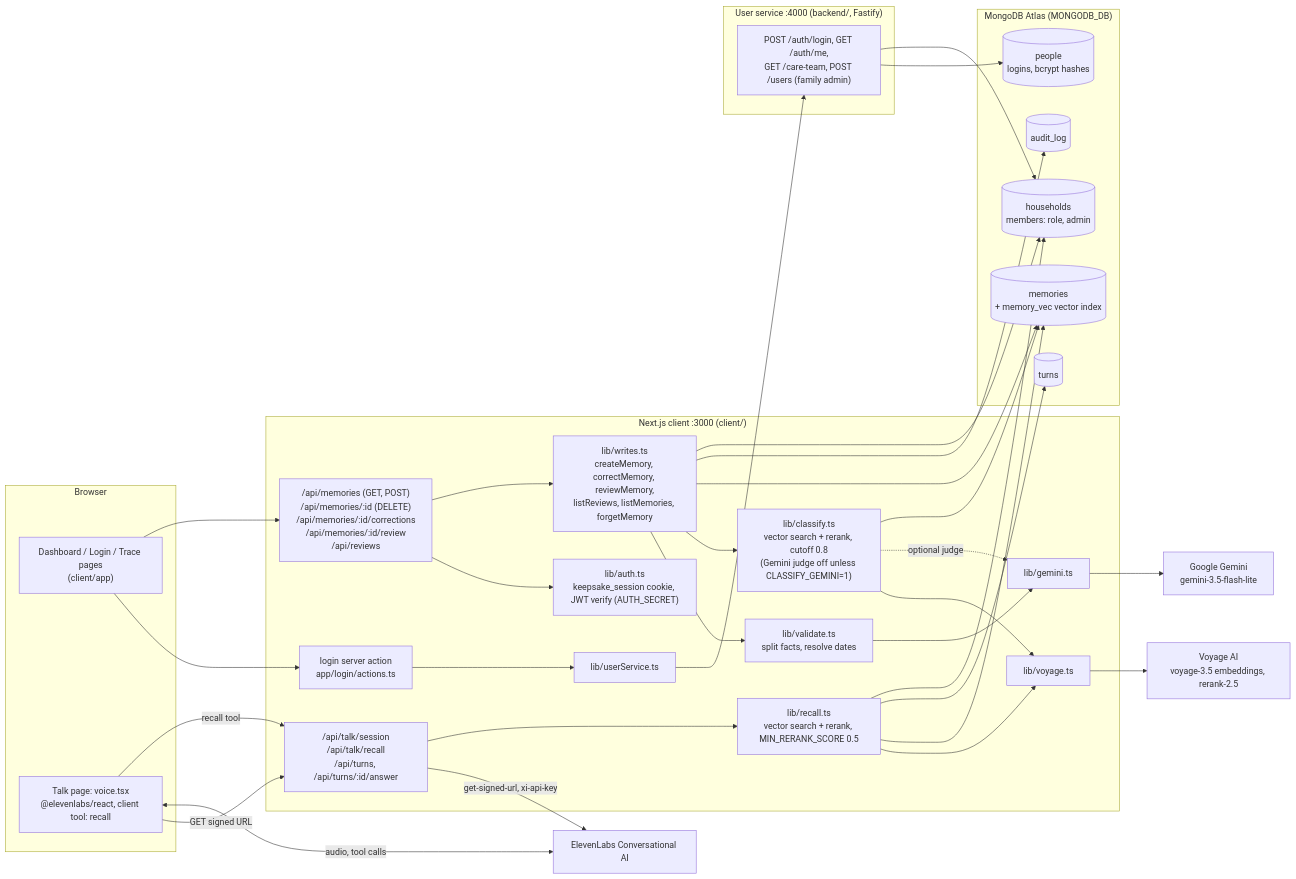
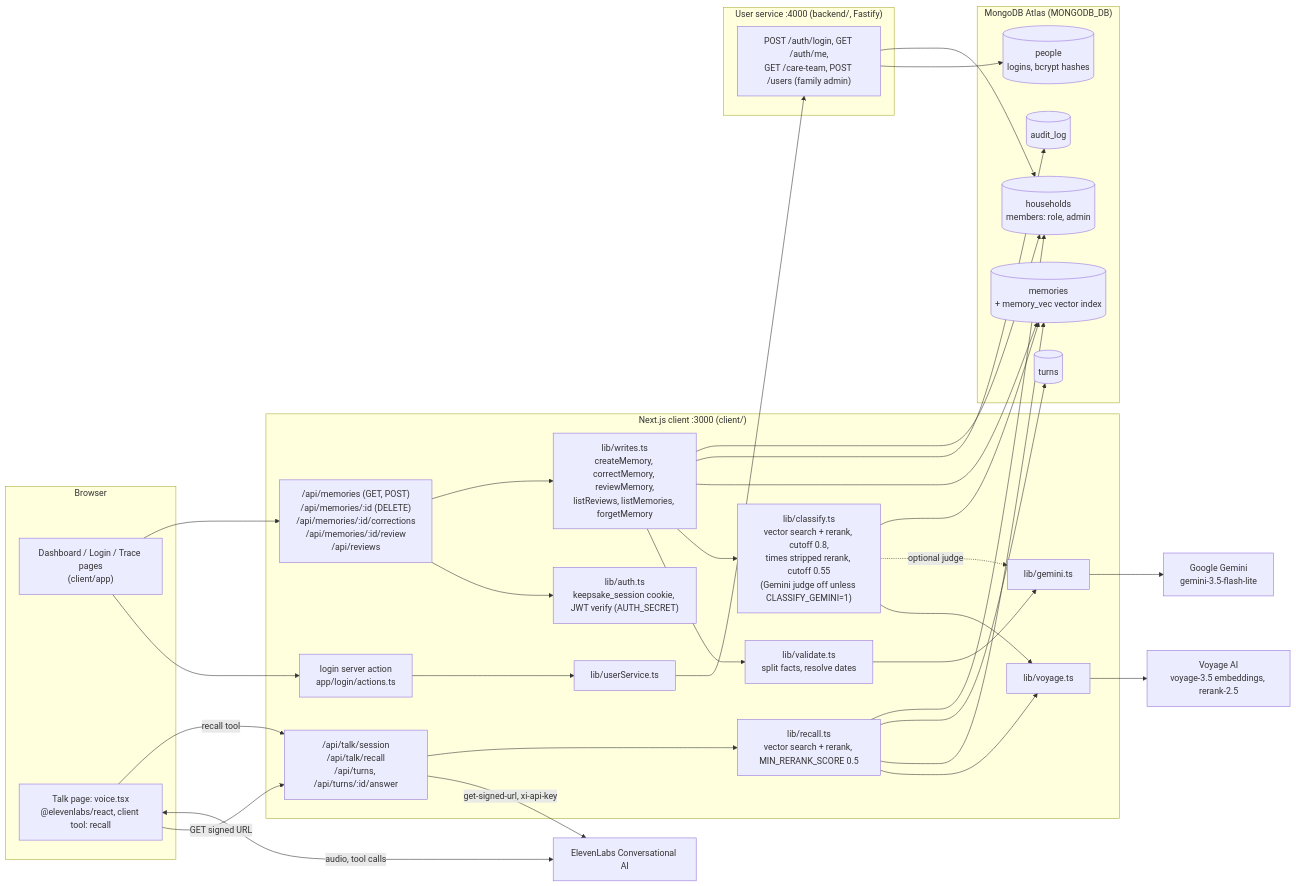
The first of 2 diagrams in docs/architecture.md (benjaminseoww/keepsake), drawn with Mermaid before and after one commit. The commit also changed other lines of this file, not shown here.

Commit message:
architecture.md: fix mermaid parse error (semicolon in a sequence message), add the time-stripped cutoff

````diff
--- a/docs/architecture.md
+++ b/docs/architecture.md
@@ -7,61 +7,61 @@
 ```mermaid
 flowchart LR
   subgraph Browser
     UI["Dashboard / Login / Trace pages<br/>(client/app)"]
     Voice["Talk page: voice.tsx<br/>@elevenlabs/react, client tool: recall"]
   end
 
   subgraph Next["Next.js client :3000 (client/)"]
     LoginAct["login server action<br/>app/login/actions.ts"]
     Auth["lib/auth.ts<br/>keepsake_session cookie, JWT verify (AUTH_SECRET)"]
     MemAPI["/api/memories (GET, POST)<br/>/api/memories/:id (DELETE)<br/>/api/memories/:id/corrections<br/>/api/memories/:id/review<br/>/api/reviews"]
     TalkAPI["/api/talk/session<br/>/api/talk/recall<br/>/api/turns, /api/turns/:id/answer"]
     Writes["lib/writes.ts<br/>createMemory, correctMemory, reviewMemory,<br/>listReviews, listMemories, forgetMemory"]
     Validate["lib/validate.ts<br/>split facts, resolve dates"]
-    Classify["lib/classify.ts<br/>vector search + rerank, cutoff 0.8<br/>(Gemini judge off unless CLASSIFY_GEMINI=1)"]
+    Classify["lib/classify.ts<br/>vector search + rerank, cutoff 0.8,<br/>times stripped rerank, cutoff 0.55<br/>(Gemini judge off unless CLASSIFY_GEMINI=1)"]
     Recall["lib/recall.ts<br/>vector search + rerank, MIN_RERANK_SCORE 0.5"]
     GeminiLib["lib/gemini.ts"]
     VoyageLib["lib/voyage.ts"]
     USClient["lib/userService.ts"]
   end
 
   subgraph Backend["User service :4000 (backend/, Fastify)"]
     BRoutes["POST /auth/login, GET /auth/me,<br/>GET /care-team, POST /users (family admin)"]
   end
 
   subgraph Atlas["MongoDB Atlas (MONGODB_DB)"]
     Memories[("memories<br/>+ memory_vec vector index")]
     People[("people<br/>logins, bcrypt hashes")]
     Households[("households<br/>members: role, admin")]
     Audit[("audit_log")]
     Turns[("turns")]
   end
 
   Voyage["Voyage AI<br/>voyage-3.5 embeddings, rerank-2.5"]
   Gemini["Google Gemini<br/>gemini-3.5-flash-lite"]
   Eleven["ElevenLabs Conversational AI"]
 
   UI --> LoginAct --> USClient --> BRoutes
   UI --> MemAPI
   MemAPI --> Auth
   MemAPI --> Writes
   Writes --> Validate --> GeminiLib --> Gemini
   Writes --> Classify --> VoyageLib --> Voyage
   Classify -. optional judge .-> GeminiLib
   Writes --> Memories
   Writes --> Audit
   Writes --> Households
   Classify --> Memories
 
   Voice -->|GET signed URL| TalkAPI
   Voice <-->|audio, tool calls| Eleven
   Voice -->|recall tool| TalkAPI
   TalkAPI -->|get-signed-url, xi-api-key| Eleven
   TalkAPI --> Recall --> VoyageLib
   Recall --> Memories
   Recall --> Turns
   Recall --> Households
 
   BRoutes --> People
   BRoutes --> Households
 ```
````
